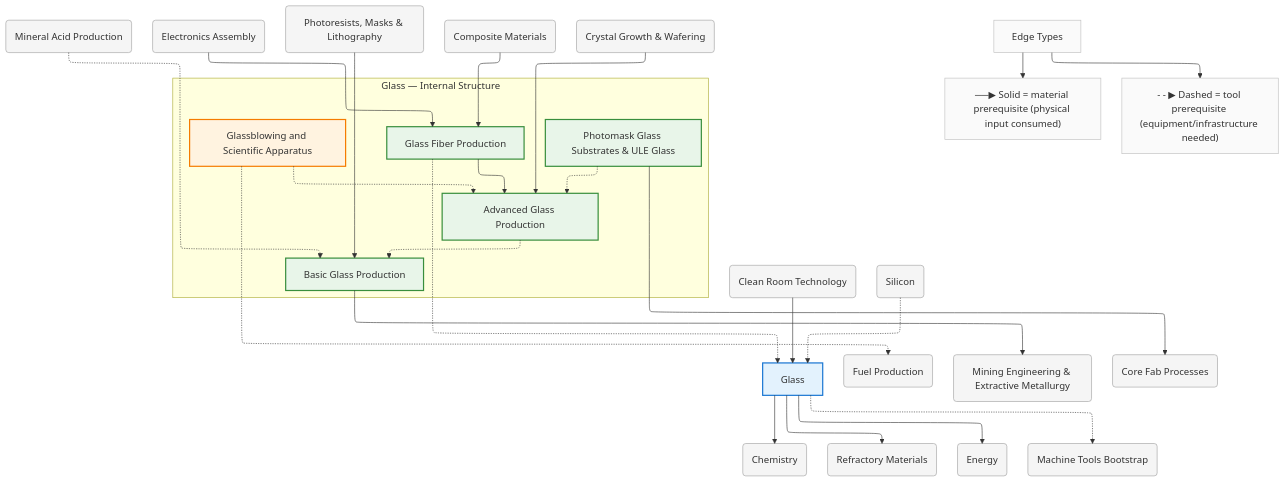
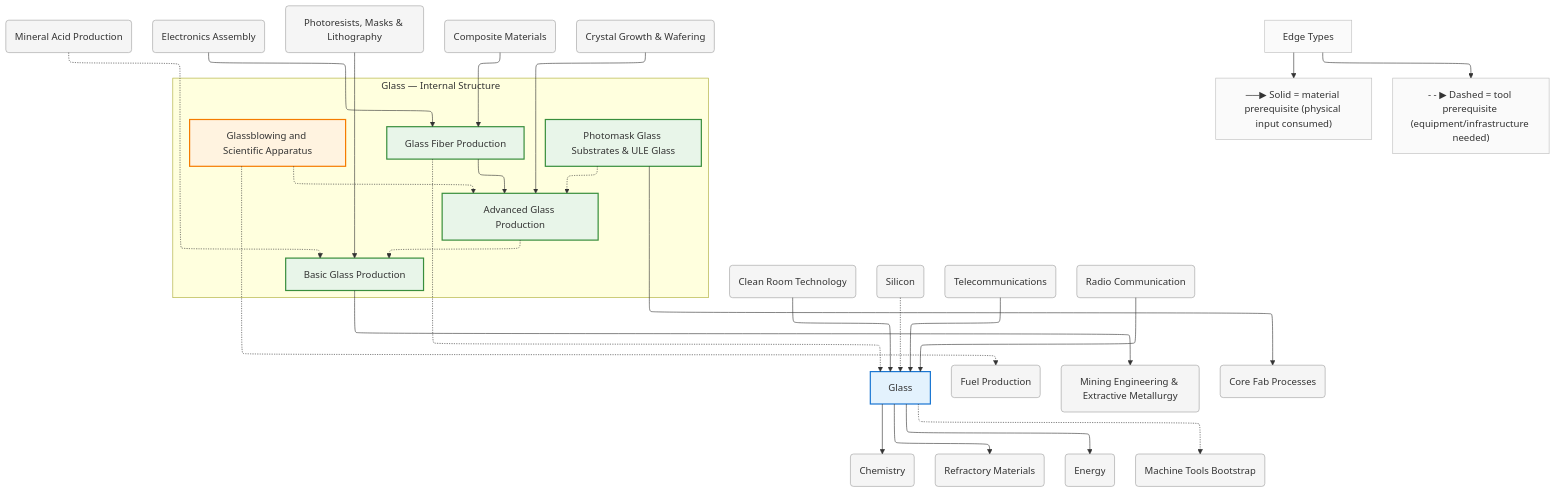
One commit to egofree/TechTree changed the diagram in diagrams/mermaid/glass.mmd. Above: the diagram before and after it, drawn with Mermaid. The commit also changed 47 other files, not shown here.

```diff
--- a/diagrams/mermaid/glass.mmd
+++ b/diagrams/mermaid/glass.mmd
@@ -1,89 +1,95 @@
 %%{init: {"flowchart": {"defaultRenderer": "elk", "htmlLabels": true}}}%%
 graph TD
     %% Domain: Glass
 
     %% ==================== INTERNAL NODES ====================
     subgraph glass_internal ["Glass — Internal Structure"]
         direction TB
         glass_basic["Basic Glass Production"]
         glass_advanced["Advanced Glass Production"]
         glass_advanced_glassblowing["Glassblowing and Scientific Apparatus"]
         glass_fibers["Glass Fiber Production"]
         glass_photomask-substrates["Photomask Glass Substrates & ULE Glass"]
     end
 
     %% ==================== DOMAIN NODE ====================
     glass["Glass"]
 
     %% ==================== EXTERNAL DEPENDENCIES ====================
     chemistry("Chemistry")
     chemistry_acids("Mineral Acid Production")
     chemistry_refractories("Refractory Materials")
     cleanrooms("Clean Room Technology")
     electronics_assembly("Electronics Assembly")
     energy("Energy")
     energy_fuels("Fuel Production")
     machine-tools("Machine Tools Bootstrap")
     mining("Mining Engineering & Extractive Metallurgy")
     photolithography_fab-processes("Core Fab Processes")
     photolithography_resists-masks("Photoresists, Masks & Lithography")
     polymers_composites("Composite Materials")
     silicon("Silicon")
     silicon_crystal-growth("Crystal Growth & Wafering")
+    telecom("Telecommunications")
+    telecom_radio("Radio Communication")
 
     %% ==================== EDGES ====================
     glass_advanced -.-> glass_basic
     glass_advanced_glassblowing -.-> glass_advanced
     glass_fibers -.-> glass
     glass_fibers --> glass_advanced
     glass_photomask-substrates -.-> glass_advanced
     glass_basic --> mining
     chemistry_acids -.-> glass_basic
     glass -.-> machine-tools
     glass --> energy
     glass --> chemistry
     silicon -.-> glass
     silicon_crystal-growth --> glass_advanced
     glass_advanced_glassblowing -.-> energy_fuels
     glass --> chemistry_refractories
     polymers_composites --> glass_fibers
     photolithography_resists-masks --> glass_basic
     electronics_assembly --> glass_fibers
     glass_photomask-substrates --> photolithography_fab-processes
     cleanrooms --> glass
+    telecom --> glass
+    telecom_radio --> glass
 
     %% ==================== EDGE TYPE LEGEND ====================
     EdgeLegend["Edge Types"]
     EdgeLegend --> MatNote["──▶ Solid = material prerequisite (physical input consumed)"]
     EdgeLegend --> ToolNote["- - ▶ Dashed = tool prerequisite (equipment/infrastructure needed)"]
 
     %% ==================== STYLING ====================
     classDef domain fill:#e3f2fd,stroke:#1976d2,stroke-width:2px
     classDef capability fill:#e8f5e9,stroke:#388e3c,stroke-width:2px
     classDef process fill:#fff3e0,stroke:#f57c00,stroke-width:2px
     classDef critical fill:#fff3e0,stroke:#f57c00,stroke-width:3px
     classDef earlyWin fill:#e8f5e9,stroke:#388e3c,stroke-width:3px
     classDef pinnacle fill:#fce4ec,stroke:#c62828,stroke-width:3px
     classDef external fill:#f5f5f5,stroke:#9e9e9e,stroke-width:1px
     classDef legend fill:#fafafa,stroke:#bdbdbd,stroke-width:1px
     class glass domain
     class glass_basic capability
     class glass_advanced capability
     class glass_advanced_glassblowing process
     class glass_fibers capability
     class glass_photomask-substrates capability
     class chemistry external
     class chemistry_acids external
     class chemistry_refractories external
     class cleanrooms external
     class electronics_assembly external
     class energy external
     class energy_fuels external
     class machine-tools external
     class mining external
     class photolithography_fab-processes external
     class photolithography_resists-masks external
     class polymers_composites external
     class silicon external
     class silicon_crystal-growth external
+    class telecom external
+    class telecom_radio external
     class EdgeLegend,MatNote,ToolNote legend
```
